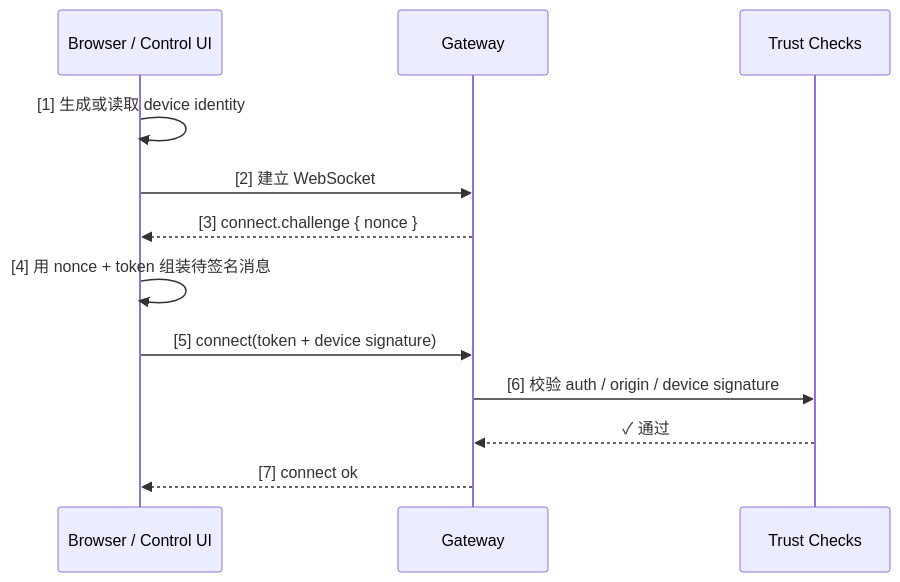
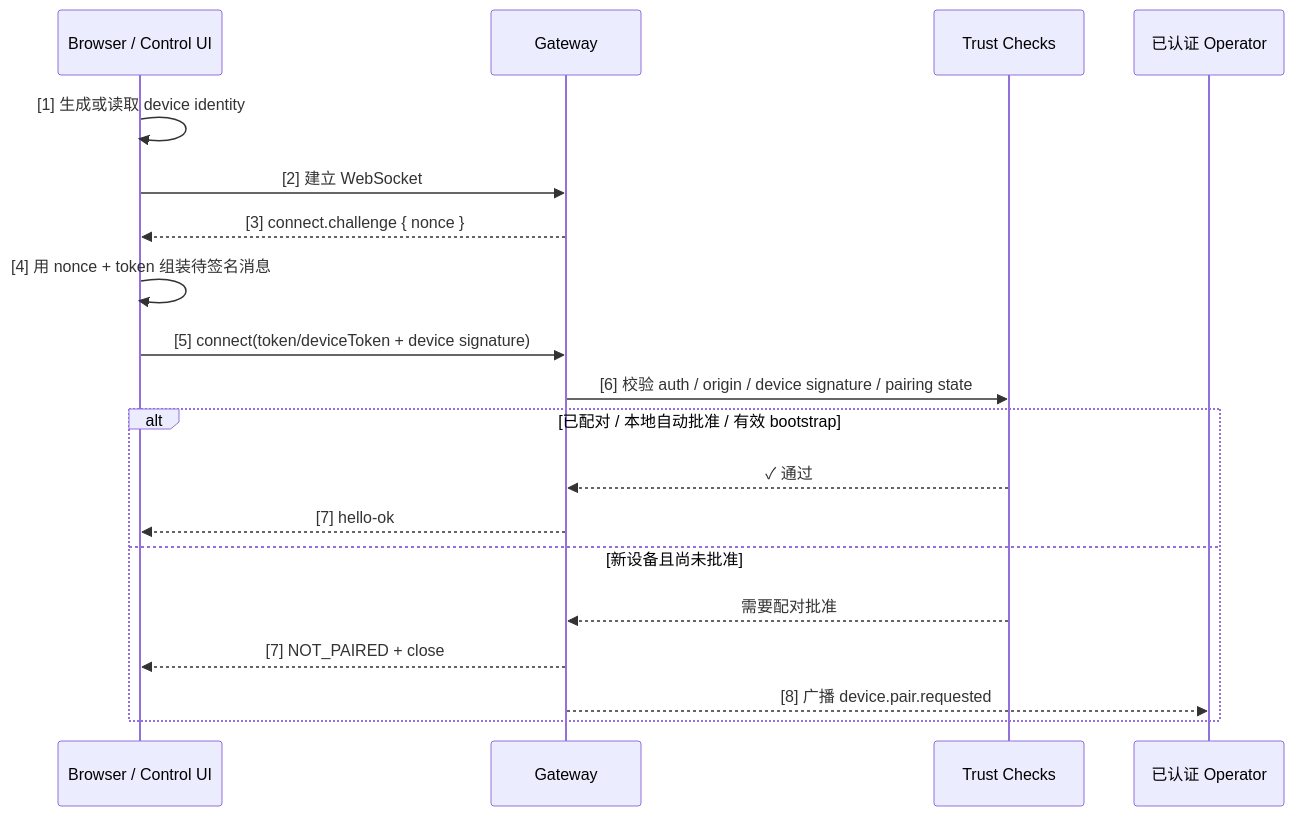
One commit to yeasy/openclaw_guide changed the diagram in 09_gateway_protocol/9.5_pairing_trust.md. Above: the diagram before and after it, drawn with Mermaid. The commit also changed other lines of this file and 44 other files, not shown here.

````diff
--- a/09_gateway_protocol/9.5_pairing_trust.md
+++ b/09_gateway_protocol/9.5_pairing_trust.md
@@ -33,15 +33,22 @@
 ```mermaid
 sequenceDiagram
     participant UI as Browser / Control UI
     participant Gateway as Gateway
     participant Trust as Trust Checks
+    participant Operator as 已认证 Operator
 
     UI->>UI: [1] 生成或读取 device identity
     UI->>Gateway: [2] 建立 WebSocket
     Gateway-->>UI: [3] connect.challenge { nonce }
     UI->>UI: [4] 用 nonce + token 组装待签名消息
-    UI->>Gateway: [5] connect(token + device signature)
-    Gateway->>Trust: [6] 校验 auth / origin / device signature
-    Trust-->>Gateway: ✓ 通过
-    Gateway-->>UI: [7] connect ok
+    UI->>Gateway: [5] connect(token/deviceToken + device signature)
+    Gateway->>Trust: [6] 校验 auth / origin / device signature / pairing state
+    alt 已配对 / 本地自动批准 / 有效 bootstrap
+      Trust-->>Gateway: ✓ 通过
+      Gateway-->>UI: [7] hello-ok
+    else 新设备且尚未批准
+      Trust-->>Gateway: 需要配对批准
+      Gateway-->>UI: [7] NOT_PAIRED + close
+      Gateway-->>Operator: [8] 广播 device.pair.requested
+    end
 ```
````
